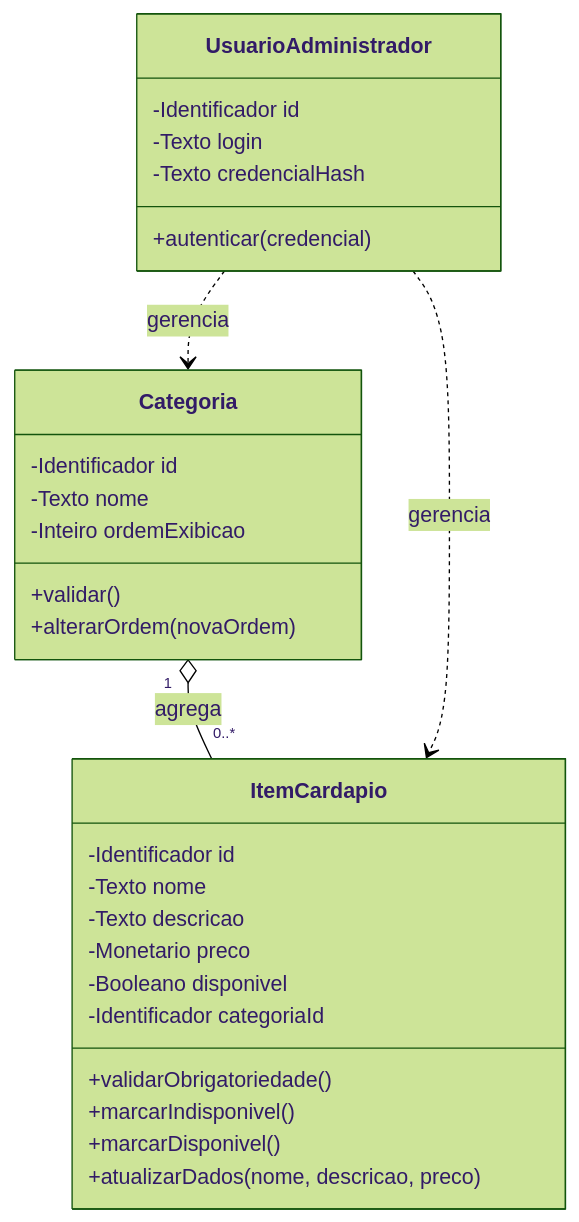
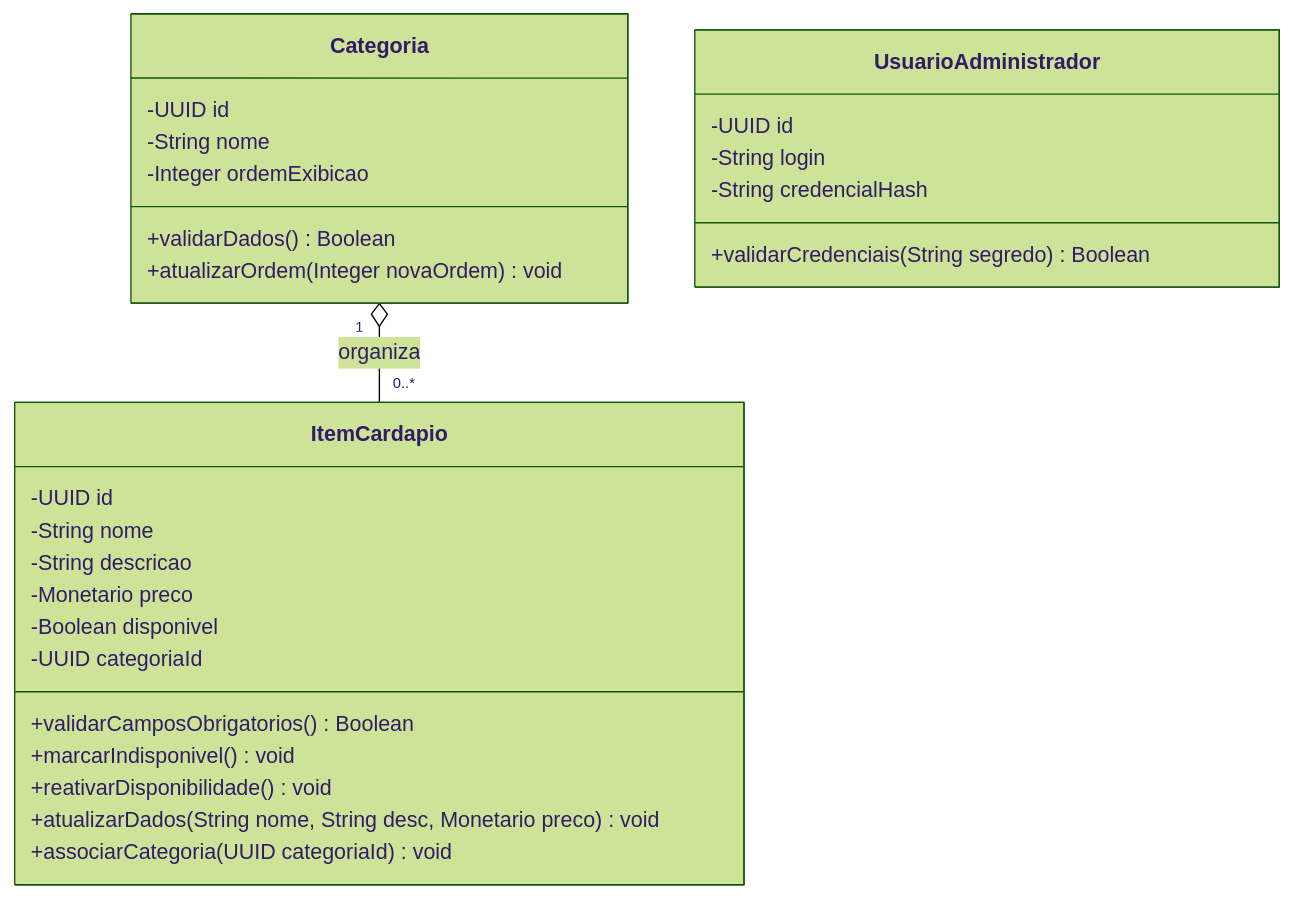
Before and after one commit to PDC-ESIA/AI4ES: the fourth of 4 diagrams in docs/Time_2_Design/analise-qualitativa/outputs/relatorio_gemini_3_7_flash_P01.md, drawn with Mermaid (forest theme). The commit also changed other lines of this file and 107 other files, not shown here.

````diff
--- a/docs/Time_2_Design/analise-qualitativa/outputs/relatorio_gemini_3_7_flash_P01.md
+++ b/docs/Time_2_Design/analise-qualitativa/outputs/relatorio_gemini_3_7_flash_P01.md
@@ -110,34 +172,33 @@
 ```mermaid
 classDiagram
     class Categoria {
-        -Identificador id
-        -Texto nome
-        -Inteiro ordemExibicao
-        +validar()
-        +alterarOrdem(novaOrdem)
+        -UUID id
+        -String nome
+        -Integer ordemExibicao
+        +validarDados() Boolean
+        +atualizarOrdem(Integer novaOrdem) void
     }
 
     class ItemCardapio {
-        -Identificador id
-        -Texto nome
-        -Texto descricao
+        -UUID id
+        -String nome
+        -String descricao
         -Monetario preco
-        -Booleano disponivel
-        -Identificador categoriaId
-        +validarObrigatoriedade()
-        +marcarIndisponivel()
-        +marcarDisponivel()
-        +atualizarDados(nome, descricao, preco)
+        -Boolean disponivel
+        -UUID categoriaId
+        +validarCamposObrigatorios() Boolean
+        +marcarIndisponivel() void
+        +reativarDisponibilidade() void
+        +atualizarDados(String nome, String desc, Monetario preco) void
+        +associarCategoria(UUID categoriaId) void
     }
 
     class UsuarioAdministrador {
-        -Identificador id
-        -Texto login
-        -Texto credencialHash
-        +autenticar(credencial)
+        -UUID id
+        -String login
+        -String credencialHash
+        +validarCredenciais(String segredo) Boolean
     }
 
-    Categoria "1" o-- "0..*" ItemCardapio : agrega
-    UsuarioAdministrador ..> ItemCardapio : gerencia
-    UsuarioAdministrador ..> Categoria : gerencia
+    Categoria "1" o-- "0..*" ItemCardapio : organiza
 ```
````
